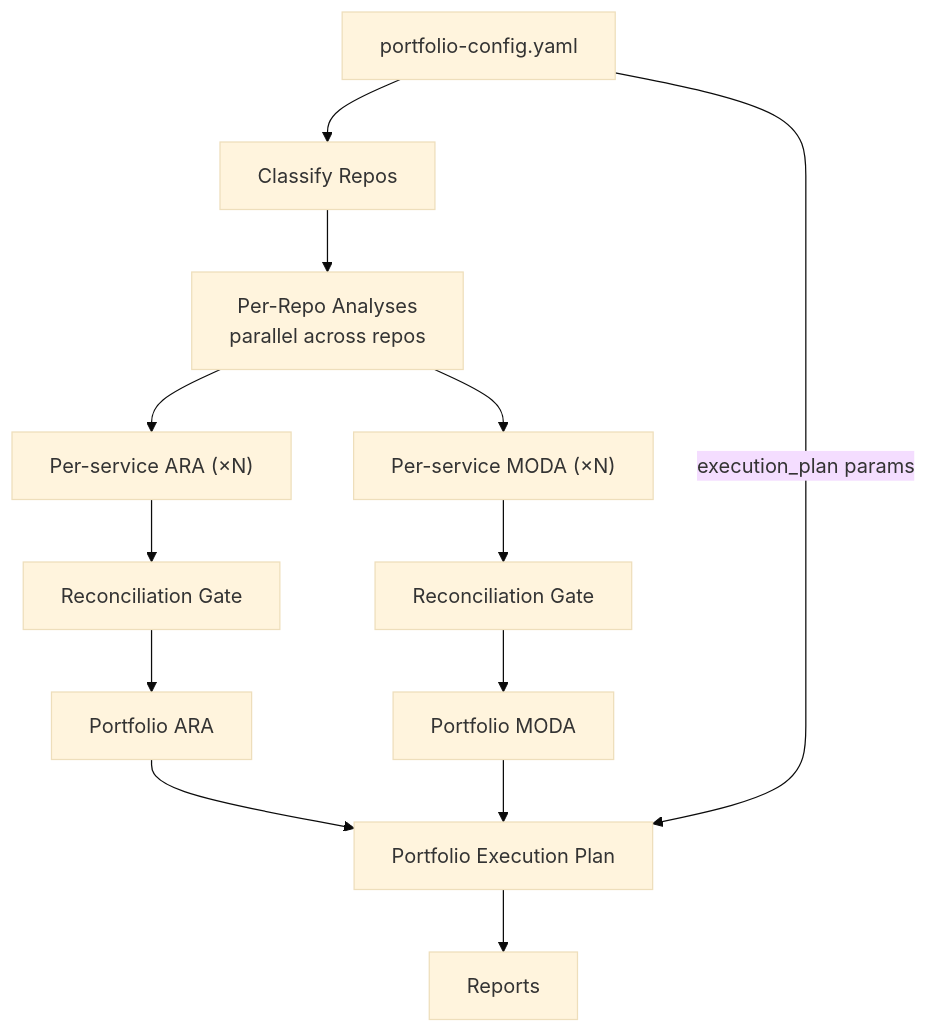
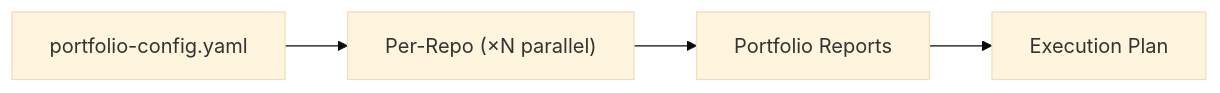
The first of 2 diagrams in README.md (aws-samples/sample-agentic-readiness-analysis-orchestrator), drawn with Mermaid (base theme) before and after one commit. The commit also changed other lines of this file and 4 other files, not shown here.

Commit message:
docs: simplify README diagrams and add execution plan report output

````diff
--- a/README.md
+++ b/README.md
@@ -32,19 +30,6 @@
 ```mermaid
-flowchart TB
-    CONFIG[portfolio-config.yaml] --> CLASSIFY[Classify Repos]
-    CLASSIFY --> PARALLEL[Per-Repo Analyses<br/>parallel across repos]
-
-    PARALLEL --> ARA_N["Per-service ARA (×N)"]
-    PARALLEL --> MOD_N["Per-service MODA (×N)"]
-
-    ARA_N --> GATE_ARA[Reconciliation Gate]
-    MOD_N --> GATE_MOD[Reconciliation Gate]
-
-    GATE_ARA --> PORT_ARA[Portfolio ARA]
-    GATE_MOD --> PORT_MOD[Portfolio MODA]
-
-    PORT_ARA --> EXEC[Portfolio Execution Plan]
-    PORT_MOD --> EXEC
-    CONFIG -->|execution_plan params| EXEC
-    EXEC --> REPORTS[Reports]
+flowchart LR
+    CONFIG[portfolio-config.yaml] --> PARALLEL["Per-Repo (×N parallel)"]
+    PARALLEL --> PORTFOLIO[Portfolio Reports]
+    PORTFOLIO --> EXEC[Execution Plan]
 ```
````
